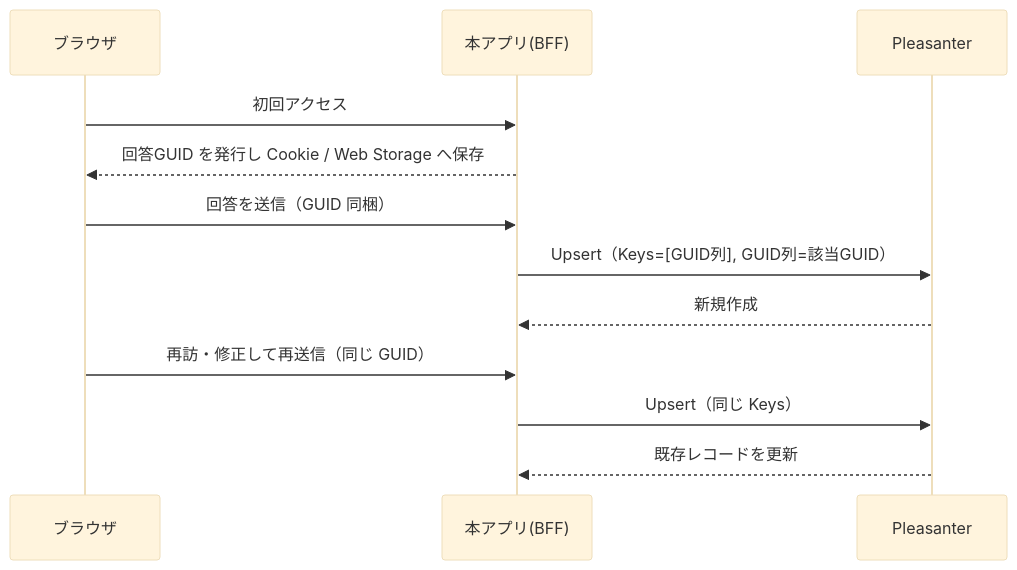
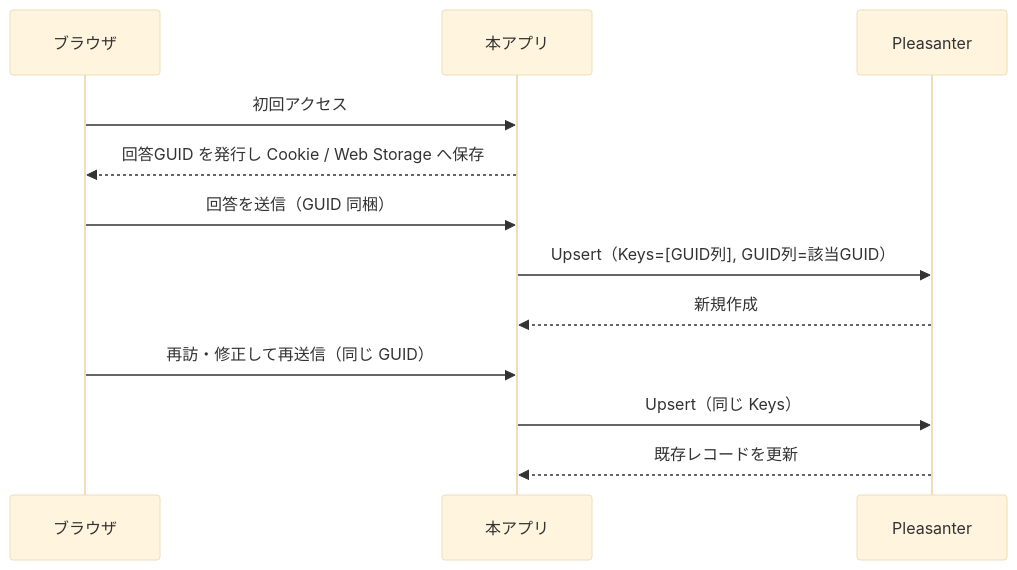
One commit to vehiclevisionjp/VehicleVision.PleasanterTools.Questionnaire changed the third of 5 diagrams in _documents/アーキテクチャ方針.md. Above: the diagram before and after it, drawn with Mermaid (base theme). The commit also changed other lines of this file, not shown here.

````diff
--- a/_documents/アーキテクチャ方針.md
+++ b/_documents/アーキテクチャ方針.md
@@ -330,15 +333,15 @@
 ```mermaid
 sequenceDiagram
     participant B as ブラウザ
-    participant A as 本アプリ(BFF)
+    participant A as 本アプリ
     participant P as Pleasanter
 
     B->>A: 初回アクセス
     A-->>B: 回答GUID を発行し Cookie / Web Storage へ保存
     B->>A: 回答を送信（GUID 同梱）
     A->>P: Upsert（Keys=[GUID列], GUID列=該当GUID）
     P-->>A: 新規作成
     B->>A: 再訪・修正して再送信（同じ GUID）
     A->>P: Upsert（同じ Keys）
     P-->>A: 既存レコードを更新
 ```
````
